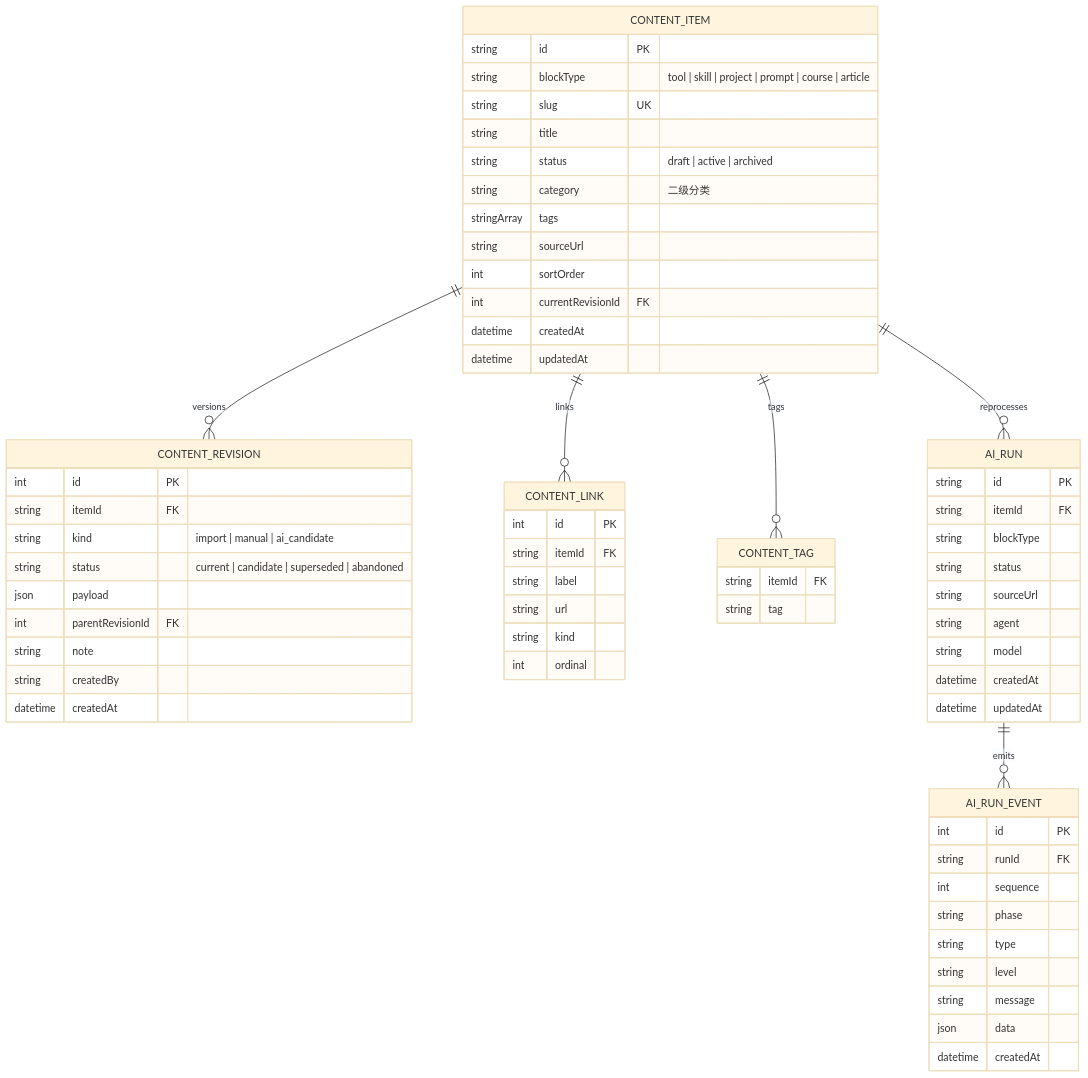
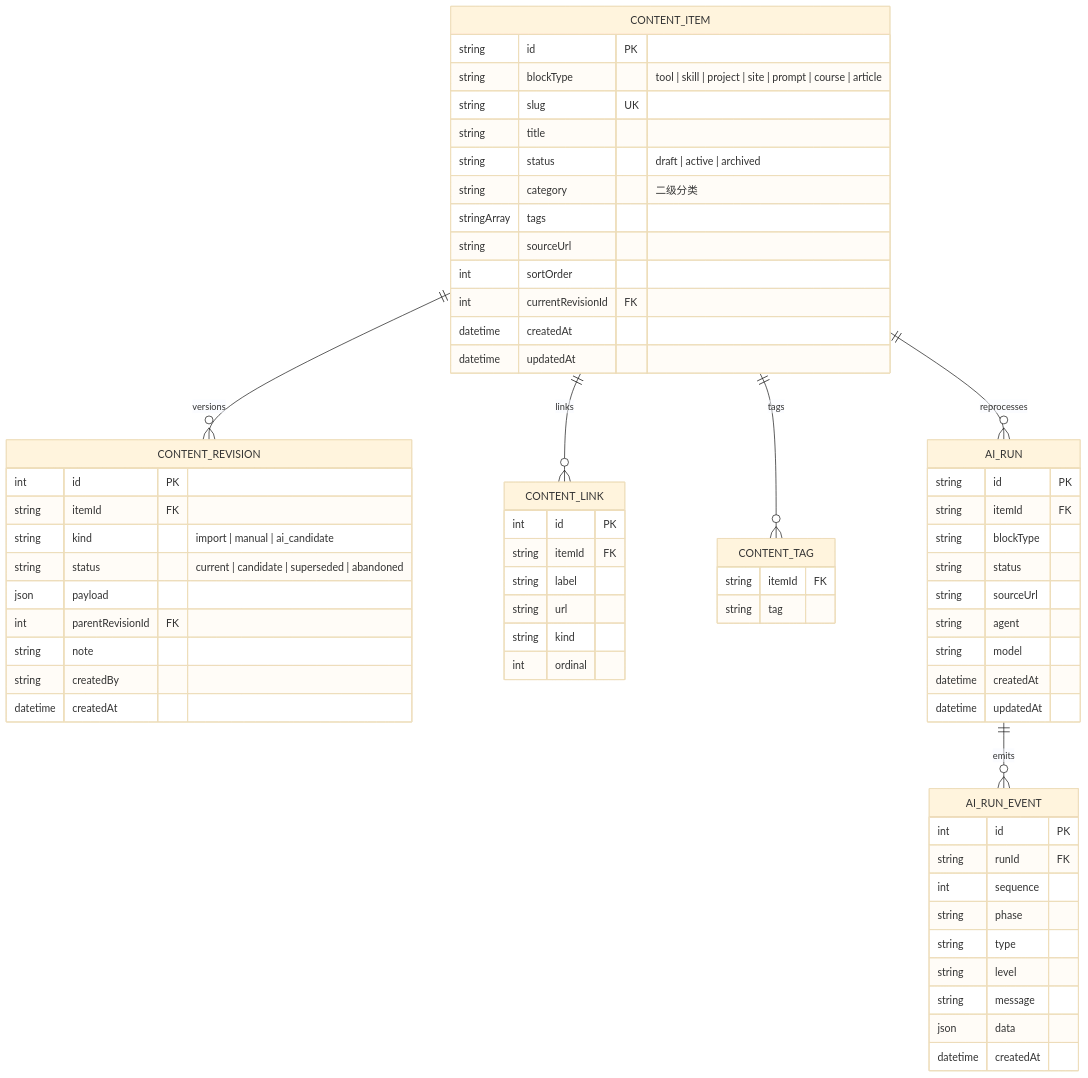
Before and after one commit to robeshell/ai-resources: the diagram in docs/data-model.md, drawn with Mermaid (base theme). The commit also changed other lines of this file and 61 other files, not shown here.

Commit message:
feat: unify public catalog and curator content flow

````diff
--- a/docs/data-model.md
+++ b/docs/data-model.md
@@ -65,73 +69,73 @@
 ```mermaid
 erDiagram
   CONTENT_ITEM ||--o{ CONTENT_REVISION : versions
   CONTENT_ITEM ||--o{ CONTENT_LINK : links
   CONTENT_ITEM ||--o{ CONTENT_TAG : tags
   CONTENT_ITEM ||--o{ AI_RUN : reprocesses
   AI_RUN ||--o{ AI_RUN_EVENT : emits
 
   CONTENT_ITEM {
     string id PK
-    string blockType "tool | skill | project | prompt | course | article"
+    string blockType "tool | skill | project | site | prompt | course | article"
     string slug UK
     string title
     string status "draft | active | archived"
     string category "二级分类"
     stringArray tags
     string sourceUrl
     int sortOrder
     int currentRevisionId FK
     datetime createdAt
     datetime updatedAt
   }
 
   CONTENT_REVISION {
     int id PK
     string itemId FK
     string kind "import | manual | ai_candidate"
     string status "current | candidate | superseded | abandoned"
     json payload
     int parentRevisionId FK
     string note
     string createdBy
     datetime createdAt
   }
 
   CONTENT_LINK {
     int id PK
     string itemId FK
     string label
     string url
     string kind
     int ordinal
   }
 
   CONTENT_TAG {
     string itemId FK
     string tag
   }
 
   AI_RUN {
     string id PK
     string itemId FK
     string blockType
     string status
     string sourceUrl
     string agent
     string model
     datetime createdAt
     datetime updatedAt
   }
 
   AI_RUN_EVENT {
     int id PK
     string runId FK
     int sequence
     string phase
     string type
     string level
     string message
     json data
     datetime createdAt
   }
 ```
````
